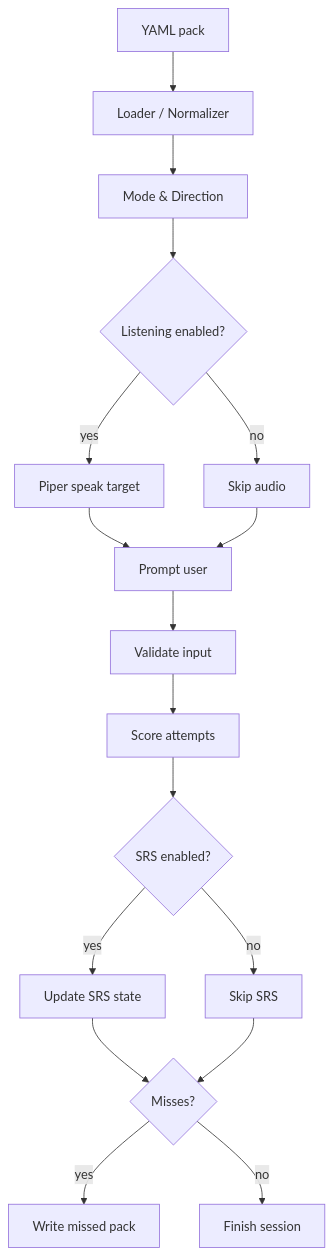
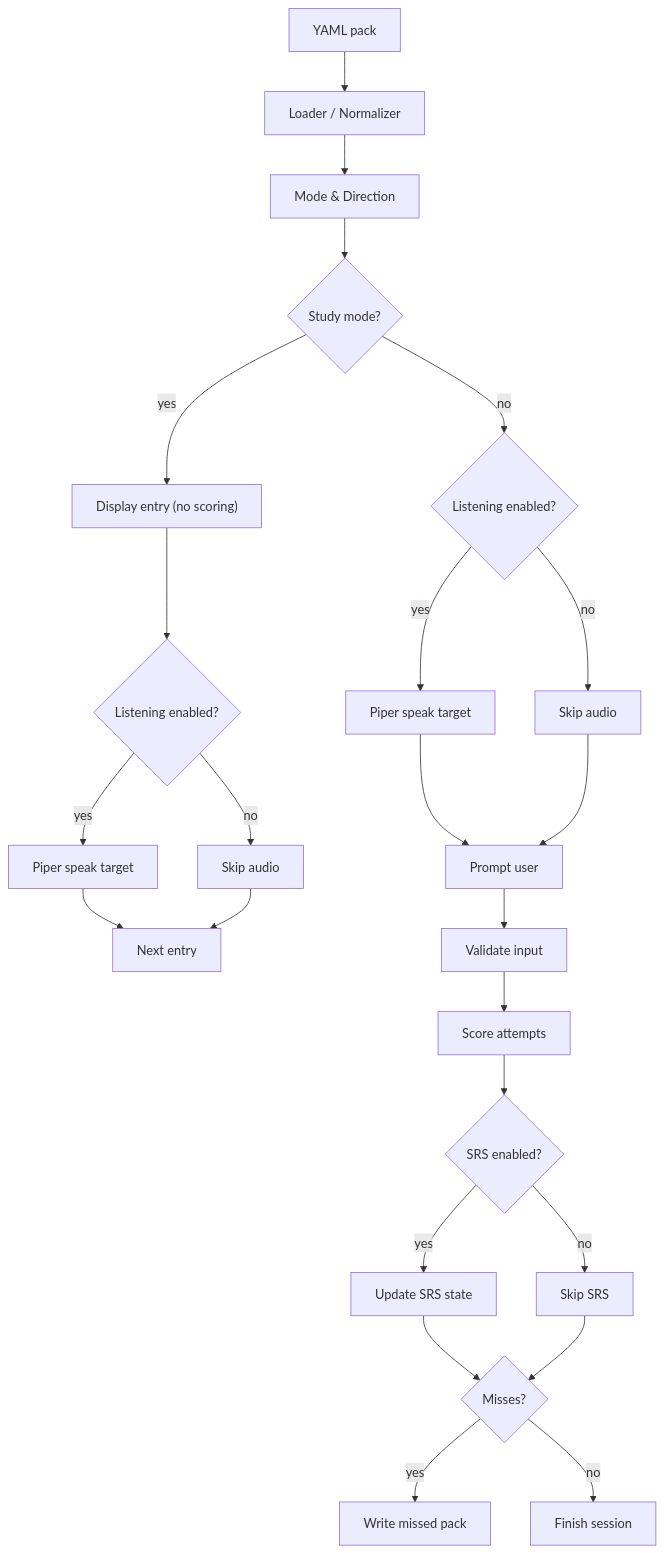
The diagram in README.md (wbrisett/linguatrain), drawn with Mermaid before and after one commit. The commit also changed other lines of this file and 3 other files, not shown here.

````diff
--- a/README.md
+++ b/README.md
@@ -1836,19 +1882,26 @@
 ``` mermaid
 flowchart TD
   A["YAML pack"] --> B["Loader / Normalizer"]
   B --> C["Mode & Direction"]
-  C --> D{"Listening enabled?"}
-  D -- yes --> E["Piper speak target"]
-  D -- no --> F["Skip audio"]
-  E --> G["Prompt user"]
-  F --> G
-  G --> H["Validate input"]
-  H --> I["Score attempts"]
-  I --> J{"SRS enabled?"}
-  J -- yes --> K["Update SRS state"]
-  J -- no --> L["Skip SRS"]
-  K --> M{"Misses?"}
+  C --> D{"Study mode?"}
+  D -- yes --> E["Display entry (no scoring)"]
+  E --> F{"Listening enabled?"}
+  F -- yes --> G["Piper speak target"]
+  F -- no --> H["Skip audio"]
+  G --> I["Next entry"]
+  H --> I
+  D -- no --> J{"Listening enabled?"}
+  J -- yes --> K["Piper speak target"]
+  J -- no --> L["Skip audio"]
+  K --> M["Prompt user"]
   L --> M
-  M -- yes --> N["Write missed pack"]
-  M -- no --> O["Finish session"]
+  M --> N["Validate input"]
+  N --> O["Score attempts"]
+  O --> P{"SRS enabled?"}
+  P -- yes --> Q["Update SRS state"]
+  P -- no --> R["Skip SRS"]
+  Q --> S{"Misses?"}
+  R --> S
+  S -- yes --> T["Write missed pack"]
+  S -- no --> U["Finish session"]
 ```
````
